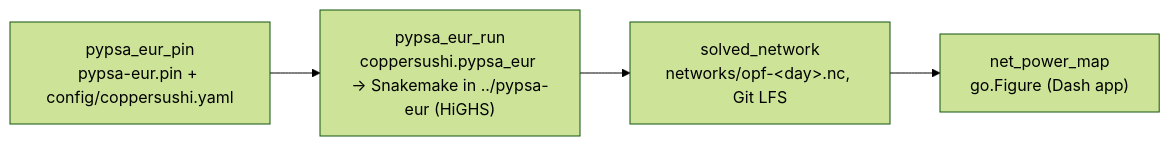
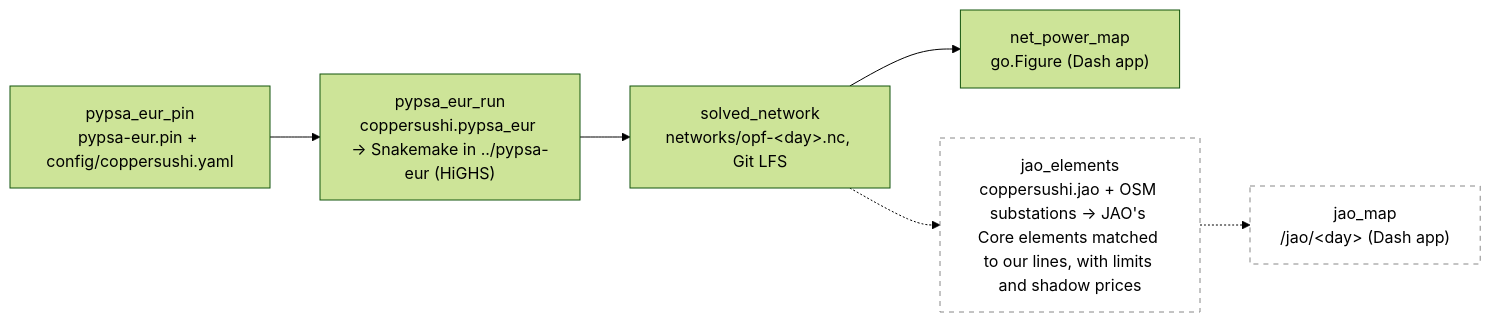
Before and after one commit to zoltanmaric/coppersushi: the diagram in wiki/sushi-2.md, drawn with Mermaid (forest theme). The commit also changed 3 other files, not shown here.

First line of the commit message:
Plan JAO's elements on our grid: a map of the day's limits, and true line ratings

````diff
--- a/wiki/sushi-2.md
+++ b/wiki/sushi-2.md
@@ -16,14 +16,19 @@
 ```mermaid
 flowchart LR
     classDef planned stroke-dasharray: 5 5,stroke:#888,fill:none
 
     net_power_map["net_power_map<br/>go.Figure (Dash app)"]
 
     pypsa_eur_pin["pypsa_eur_pin<br/>pypsa-eur.pin + config/coppersushi.yaml"]
     pypsa_eur_run["pypsa_eur_run<br/>coppersushi.pypsa_eur → Snakemake in ../pypsa-eur (HiGHS)"]
     solved_network["solved_network<br/>networks/opf-&lt;day&gt;.nc, Git LFS"]
 
+    jao_elements["jao_elements<br/>coppersushi.jao + OSM substations → JAO's Core elements matched to our lines, with limits and shadow prices"]:::planned
+    jao_map["jao_map<br/>/jao/&lt;day&gt; (Dash app)"]:::planned
+
     pypsa_eur_pin --> pypsa_eur_run
     pypsa_eur_run --> solved_network
     solved_network --> net_power_map
+    solved_network -.-> jao_elements
+    jao_elements -.-> jao_map
 ```
````
